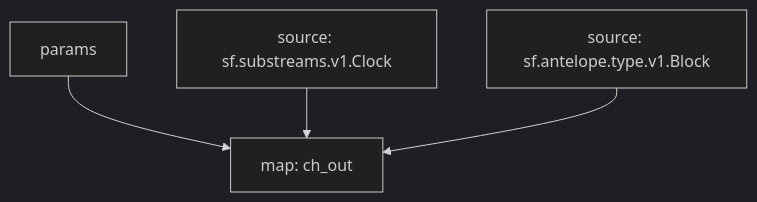
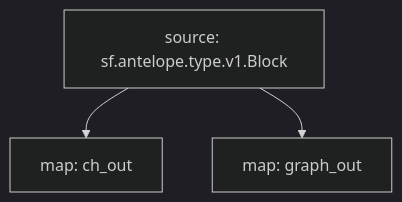
Before and after one commit to pinax-network/substreams-raw-blocks: the diagram in README.md, drawn with Mermaid (dark theme). The commit also changed other lines of this file and 9 other files, not shown here.

````diff
--- a/README.md
+++ b/README.md
@@ -14,7 +18,7 @@
 ```mermaid
 graph TD;
   ch_out[map: ch_out];
-  ch_out:params[params] --> ch_out;
-  sf.substreams.v1.Clock[source: sf.substreams.v1.Clock] --> ch_out;
   sf.antelope.type.v1.Block[source: sf.antelope.type.v1.Block] --> ch_out;
+  graph_out[map: graph_out];
+  sf.antelope.type.v1.Block[source: sf.antelope.type.v1.Block] --> graph_out;
 ```
````
